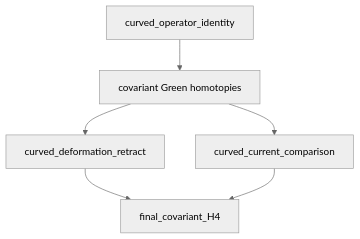
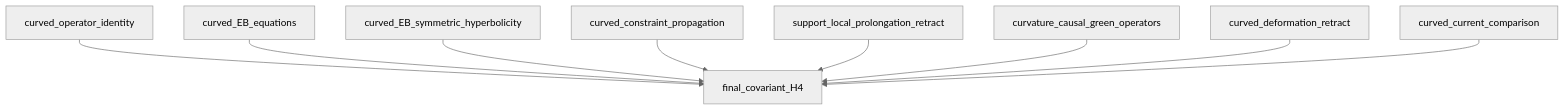
Before and after one commit to area9innovation/weyl-gravity: the diagram in covariant_completion/generated/final_claim_dependencies.md, drawn with Mermaid (neutral theme). The commit also changed other lines of this file and 93 other files, not shown here.

````diff
--- a/covariant_completion/generated/final_claim_dependencies.md
+++ b/covariant_completion/generated/final_claim_dependencies.md
@@ -8,8 +8,11 @@
 ```mermaid
 flowchart TD
-  A[curved_operator_identity] --> G[covariant Green homotopies]
-  G --> B[curved_deformation_retract]
-  G --> C[curved_current_comparison]
-  B --> F[final_covariant_H4]
-  C --> F
+  A[curved_operator_identity] --> F[final_covariant_H4]
+  E[curved_EB_equations] --> F
+  H[curved_EB_symmetric_hyperbolicity] --> F
+  Q[curved_constraint_propagation] --> F
+  P[support_local_prolongation_retract] --> F
+  G[curvature_causal_green_operators] --> F
+  R[curved_deformation_retract] --> F[final_covariant_H4]
+  C[curved_current_comparison] --> F
 ```
````
